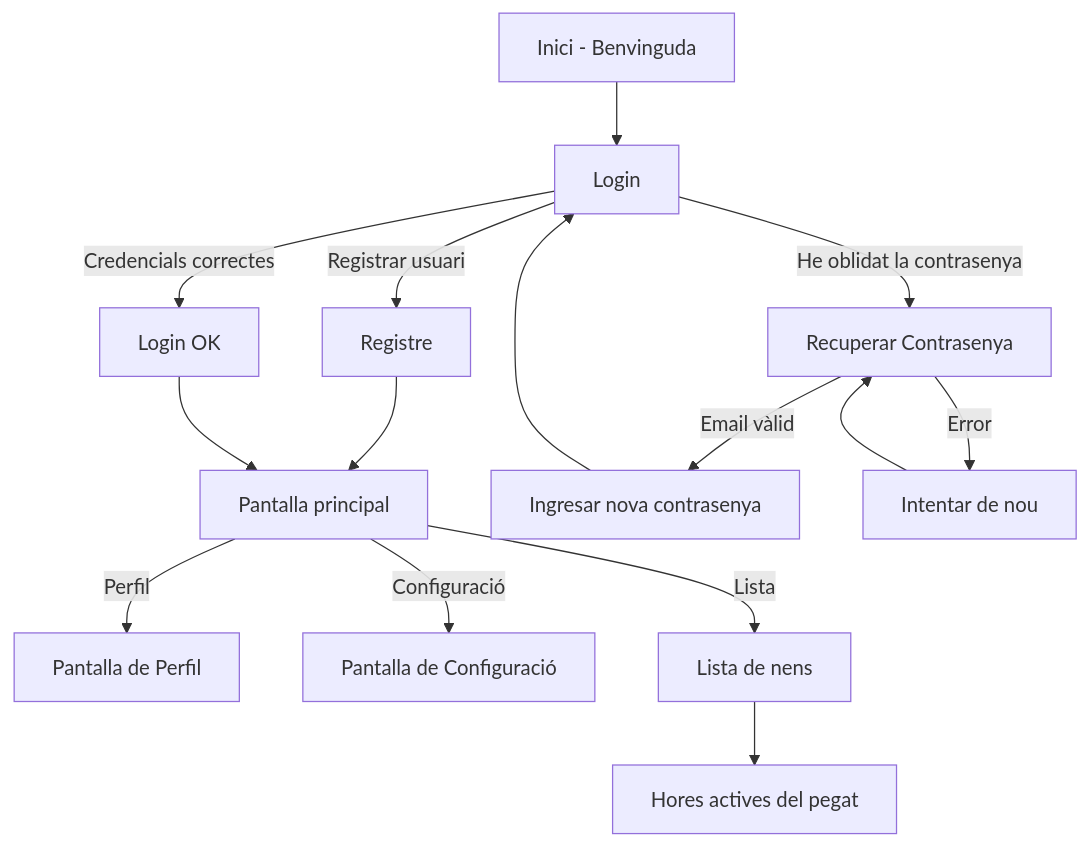
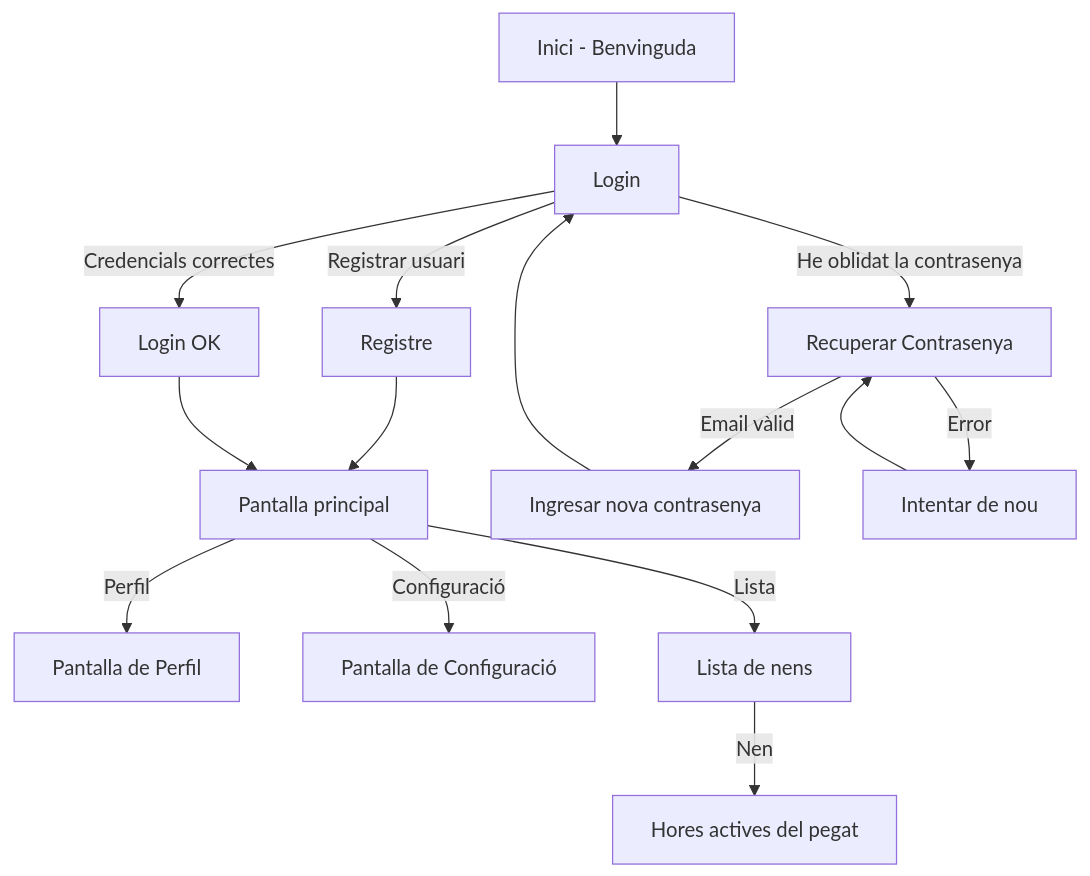
One commit to dmontes901/TapatApp changed the diagram in charts/diagramaNavegacio.mmd. Above: the diagram before and after it, drawn with Mermaid.

```diff
--- a/charts/diagramaNavegacio.mmd
+++ b/charts/diagramaNavegacio.mmd
@@ -1,16 +1,16 @@
 flowchart TD;
     A["Inici - Benvinguda"] --> B["Login"];
     B -->|Registrar usuari| C["Registre"];
     C --> E["Pantalla principal"];
     B -->|Credencials correctes| D["Login OK "];
 
     
     D --> E["Pantalla principal"];
     E -->|Perfil| F["Pantalla de Perfil"];
     E -->|Configuració| G["Pantalla de Configuració"];
     E -->|Lista|J["Lista de nens"];
-    J -->K["Hores actives del pegat"];
+    J -->|Nen|K["Hores actives del pegat"];
     
     B -->|He oblidat la contrasenya| H["Recuperar Contrasenya"];
     H -->|Email vàlid| I["Ingresar nova contrasenya"] --> B;
     H -->|Error| H1["Intentar de nou"] --> H;
```
